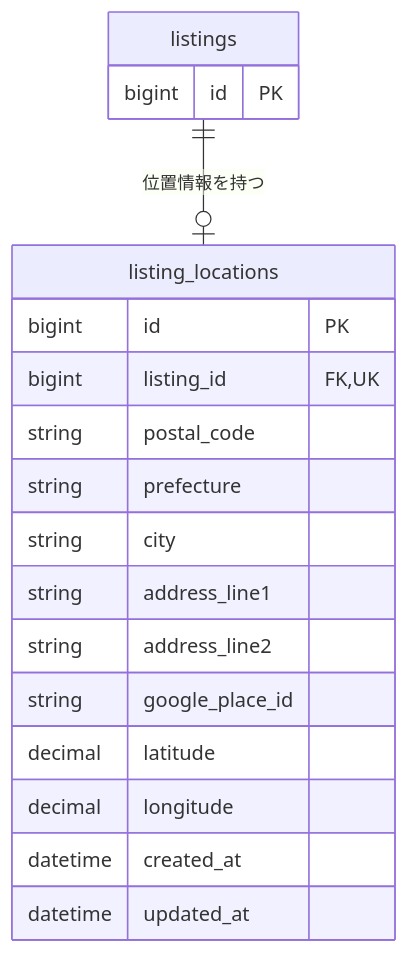
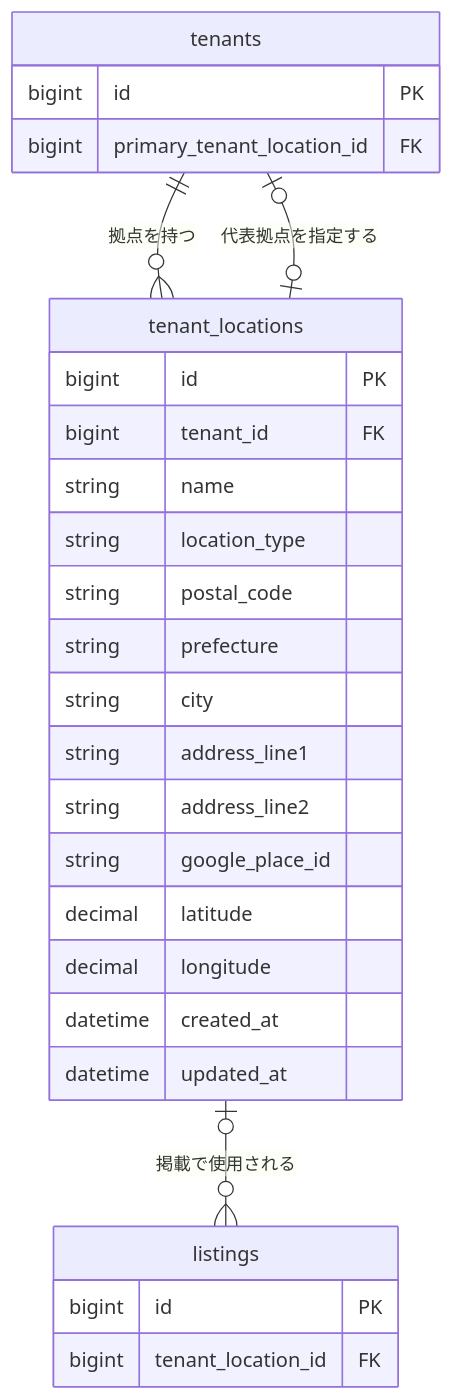
The third of 5 diagrams in docs/er/01-listing.md (t0kio2/community-hub), drawn with Mermaid before and after one commit. The commit also changed other lines of this file and 30 other files, not shown here.

````diff
--- a/docs/er/01-listing.md
+++ b/docs/er/01-listing.md
@@ -100,23 +106,33 @@
 ```mermaid
 erDiagram
+    tenants {
+        bigint id PK
+        bigint primary_tenant_location_id FK
+    }
+
     listings {
         bigint id PK
+        bigint tenant_location_id FK
     }
 
-    listing_locations {
+    tenant_locations {
         bigint id PK
-        bigint listing_id FK, UK
+        bigint tenant_id FK
+        string name
+        string location_type
         string postal_code
         string prefecture
         string city
         string address_line1
         string address_line2
         string google_place_id
         decimal latitude
         decimal longitude
         datetime created_at
         datetime updated_at
     }
 
-    listings ||--o| listing_locations : "位置情報を持つ"
+    tenants ||--o{ tenant_locations : "拠点を持つ"
+    tenants o|--o| tenant_locations : "代表拠点を指定する"
+    tenant_locations o|--o{ listings : "掲載で使用される"
 ```
````
